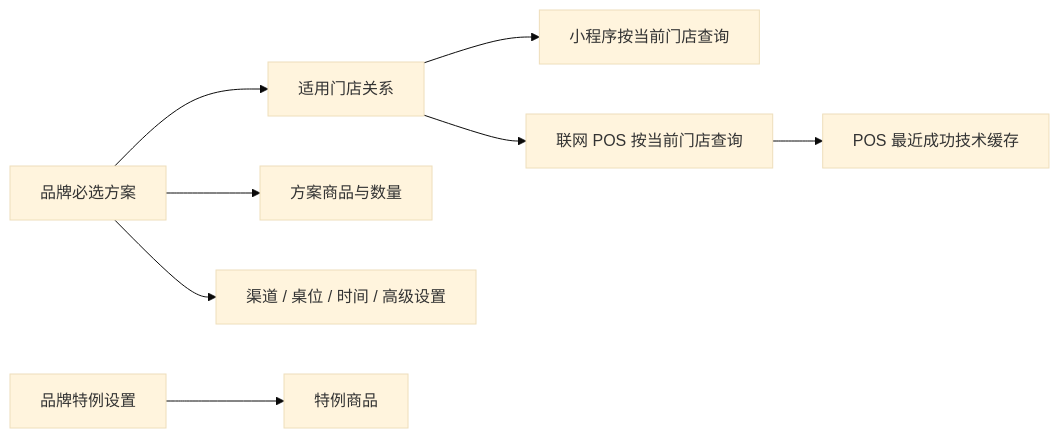
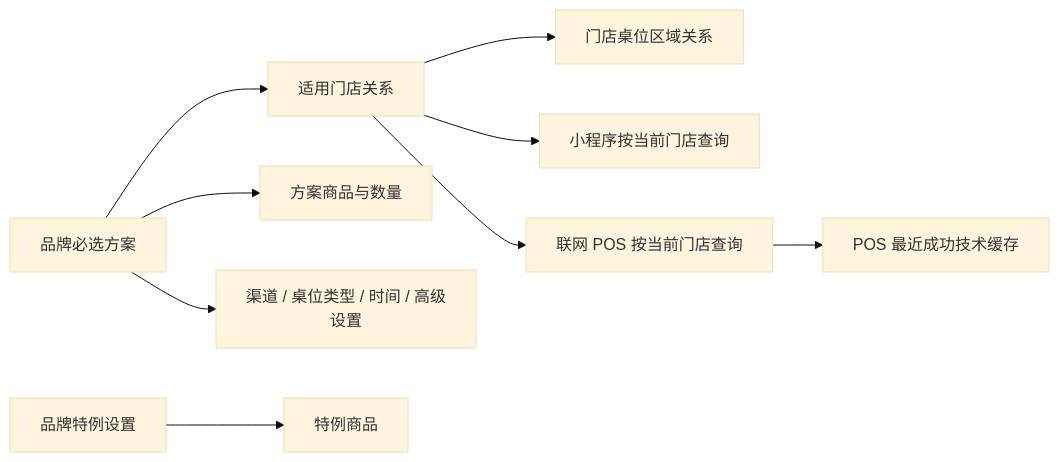
The first of 3 diagrams in docs/需求文档/必选商品/P01-必选商品方案与门店执行.md (honmeytown10-code/product-center), drawn with Mermaid (base theme) before and after one commit. The commit also changed other lines of this file and 11 other files, not shown here.

````diff
--- a/docs/需求文档/必选商品/P01-必选商品方案与门店执行.md
+++ b/docs/需求文档/必选商品/P01-必选商品方案与门店执行.md
@@ -58,10 +58,11 @@
 ```mermaid
 flowchart LR
   A[品牌必选方案] --> B[适用门店关系]
   A --> C[方案商品与数量]
-  A --> D[渠道 / 桌位 / 时间 / 高级设置]
+  A --> D[渠道 / 桌位类型 / 时间 / 高级设置]
+  B --> R[门店桌位区域关系]
   E[品牌特例设置] --> F[特例商品]
   B --> G[小程序按当前门店查询]
   B --> H[联网 POS 按当前门店查询]
   H --> I[POS 最近成功技术缓存]
 ```
````
